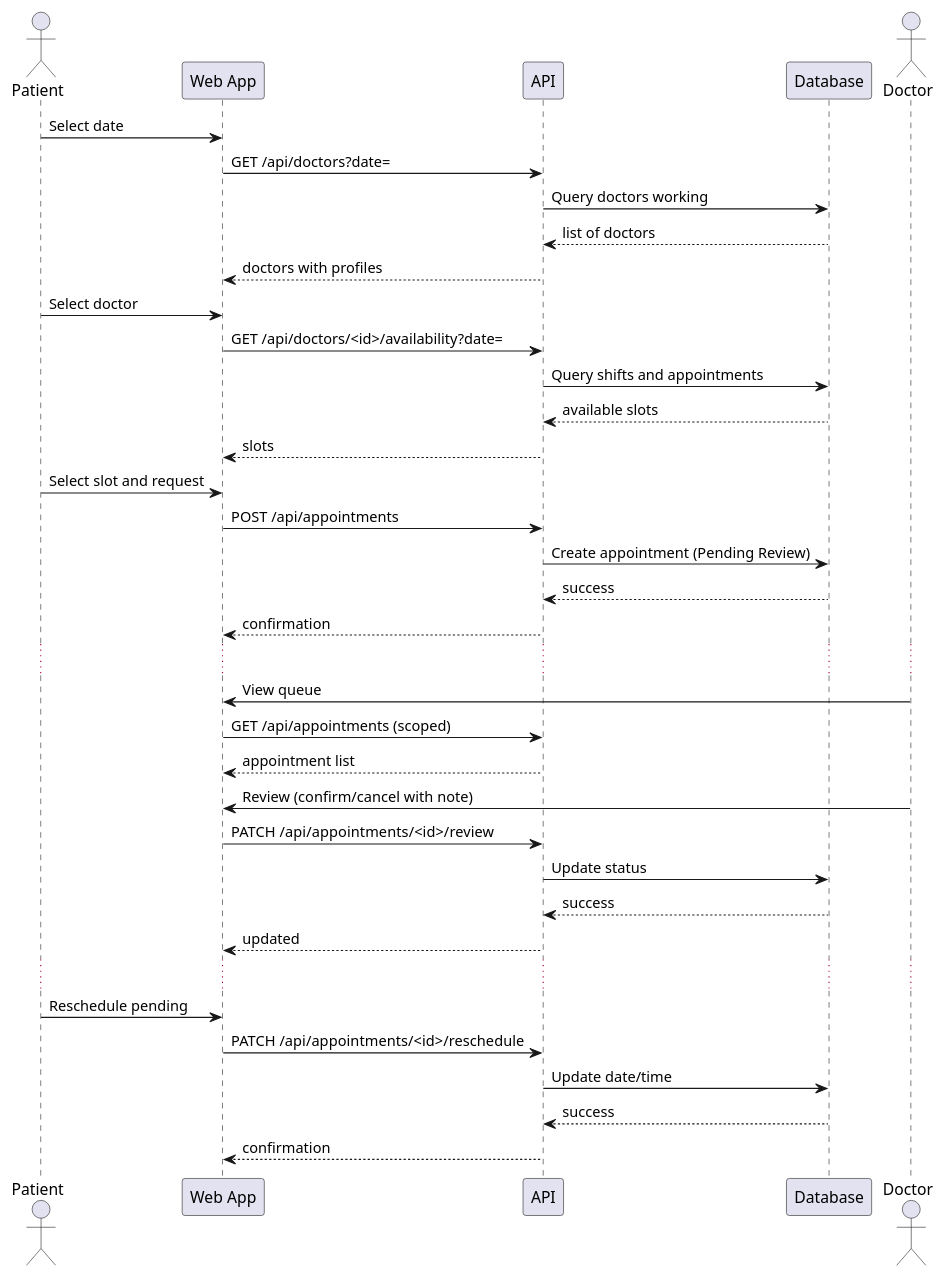
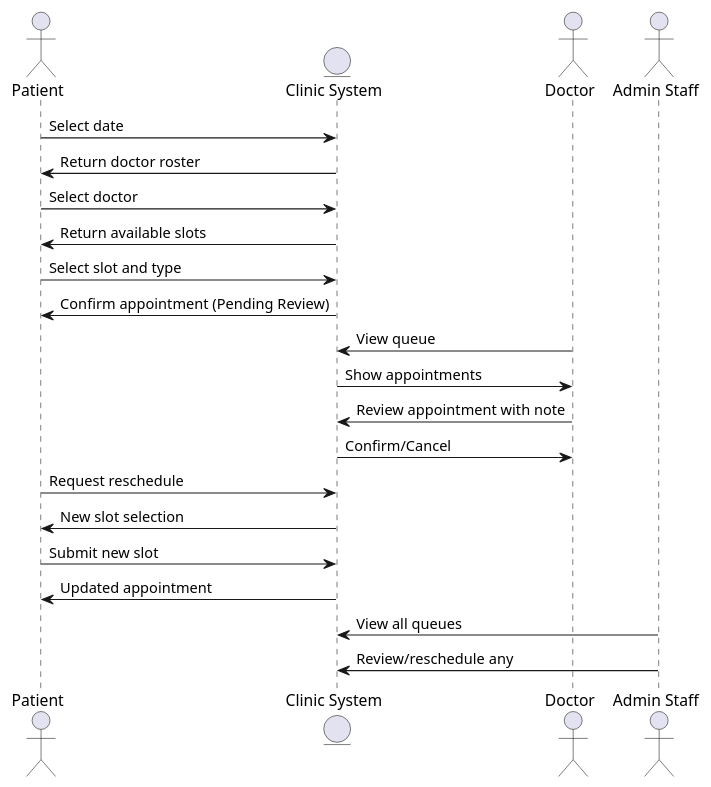
Before and after one commit to XGS61/DTS114: the diagram in Task2/clinic_app/artifacts/diagrams/sequence_diagram.puml, drawn with PlantUML. The commit also changed 19 other files, not shown here.

```diff
--- a/Task2/clinic_app/artifacts/diagrams/sequence_diagram.puml
+++ b/Task2/clinic_app/artifacts/diagrams/sequence_diagram.puml
@@ -1,37 +1,23 @@
 @startuml
 actor Patient
-participant "Web App" as Web
-participant "API" as API
-participant "Database" as DB
-Patient -> Web: Select date
-Web -> API: GET /api/doctors?date=
-API -> DB: Query doctors working
-DB --> API: list of doctors
-API --> Web: doctors with profiles
-Patient -> Web: Select doctor
-Web -> API: GET /api/doctors/<id>/availability?date=
-API -> DB: Query shifts and appointments
-DB --> API: available slots
-API --> Web: slots
-Patient -> Web: Select slot and request
-Web -> API: POST /api/appointments
-API -> DB: Create appointment (Pending Review)
-DB --> API: success
-API --> Web: confirmation
-...
+entity "Clinic System" as CS
 actor Doctor
-Doctor -> Web: View queue
-Web -> API: GET /api/appointments (scoped)
-API --> Web: appointment list
-Doctor -> Web: Review (confirm/cancel with note)
-Web -> API: PATCH /api/appointments/<id>/review
-API -> DB: Update status
-DB --> API: success
-API --> Web: updated
-...
-Patient -> Web: Reschedule pending
-Web -> API: PATCH /api/appointments/<id>/reschedule
-API -> DB: Update date/time
-DB --> API: success
-API --> Web: confirmation
+actor "Admin Staff" as Admin
+
+Patient -> CS: Select date
+CS -> Patient: Return doctor roster
+Patient -> CS: Select doctor
+CS -> Patient: Return available slots
+Patient -> CS: Select slot and type
+CS -> Patient: Confirm appointment (Pending Review)
+Doctor -> CS: View queue
+CS -> Doctor: Show appointments
+Doctor -> CS: Review appointment with note
+CS -> Doctor: Confirm/Cancel
+Patient -> CS: Request reschedule
+CS -> Patient: New slot selection
+Patient -> CS: Submit new slot
+CS -> Patient: Updated appointment
+Admin -> CS: View all queues
+Admin -> CS: Review/reschedule any
 @enduml
```
